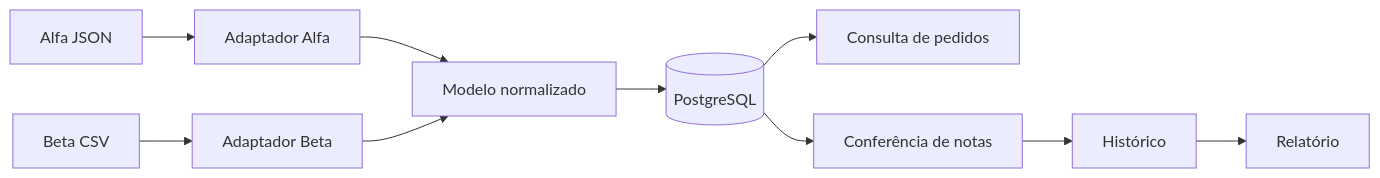
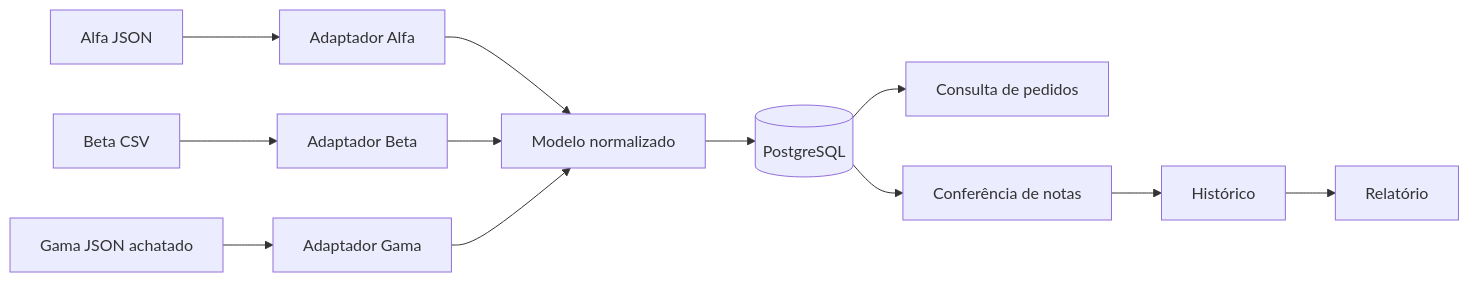
The diagram in docs/architecture.md (kauanrubem/v360-purchase-order-connector), drawn with Mermaid before and after one commit. The commit also changed other lines of this file and 14 other files, not shown here.

````diff
--- a/docs/architecture.md
+++ b/docs/architecture.md
@@ -7,12 +7,14 @@
 ```mermaid
 flowchart LR
     A[Alfa JSON] --> IA[Adaptador Alfa]
     B[Beta CSV] --> IB[Adaptador Beta]
+    C[Gama JSON achatado] --> IG[Adaptador Gama]
     IA --> D[Modelo normalizado]
     IB --> D
+    IG --> D
     D --> DB[(PostgreSQL)]
     DB --> Q[Consulta de pedidos]
     DB --> V[Conferência de notas]
     V --> H[Histórico]
     H --> R[Relatório]
 ```
````
